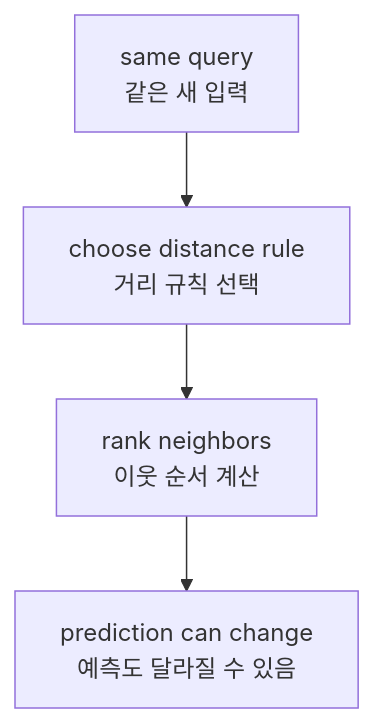
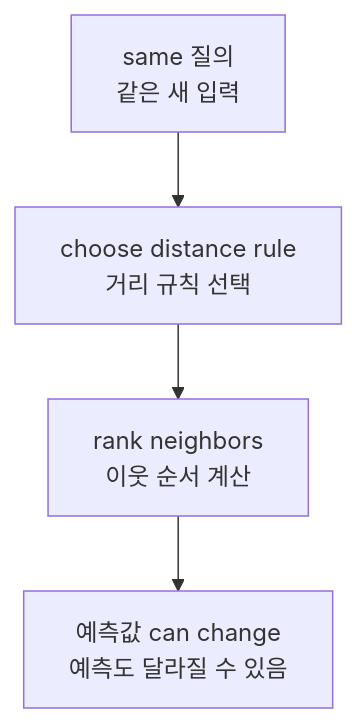
The diagram in docs/assets/part-04/chapter-12/p4-12-2-mermaid-01-ko.mmd (devchan64/AiBook), drawn with Mermaid before and after one commit. The commit also changed 87 other files, not shown here.

Commit message:
Refine Part 4 Korean and Chinese diagram localization

```diff
--- a/docs/assets/part-04/chapter-12/p4-12-2-mermaid-01-ko.mmd
+++ b/docs/assets/part-04/chapter-12/p4-12-2-mermaid-01-ko.mmd
@@ -1,7 +1,7 @@
 flowchart TD
-  A["same query<br/>같은 새 입력"]
+  A["same 질의<br/>같은 새 입력"]
   B["choose distance rule<br/>거리 규칙 선택"]
   C["rank neighbors<br/>이웃 순서 계산"]
-  D["prediction can change<br/>예측도 달라질 수 있음"]
+  D["예측값 can change<br/>예측도 달라질 수 있음"]
 
   A --> B --> C --> D
```
